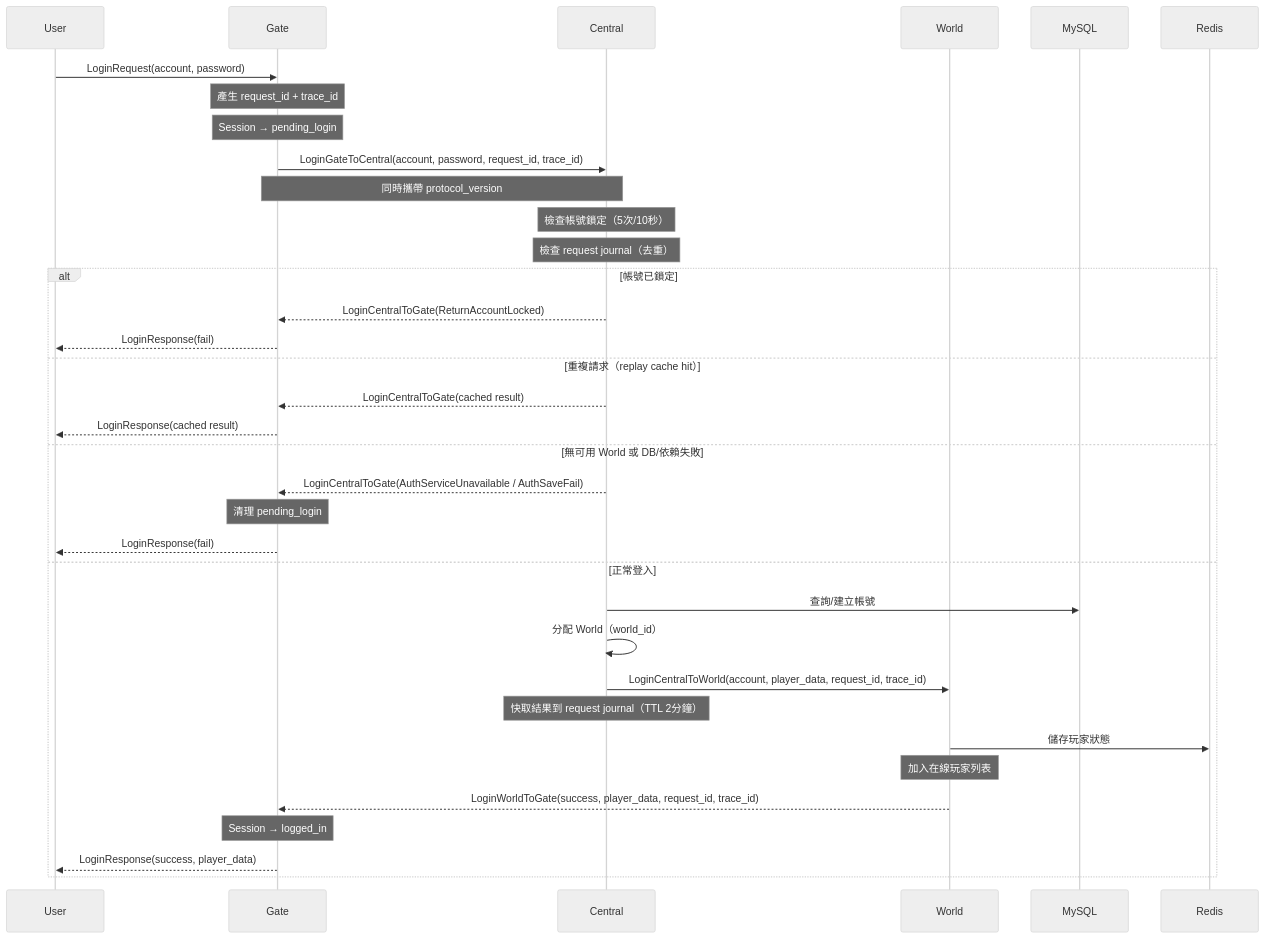
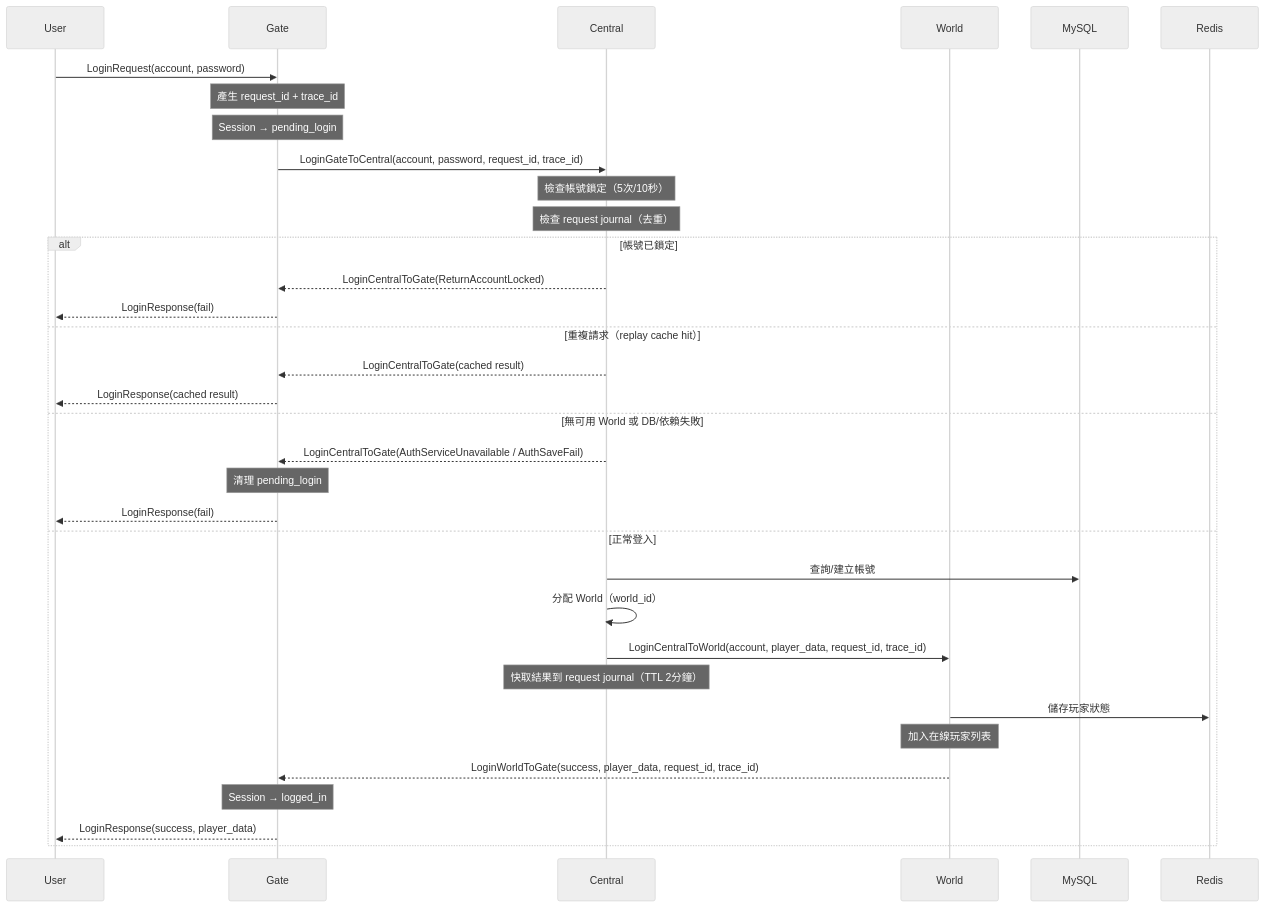
Before and after one commit to koebel0521/docs: the first of 8 diagrams in 10-核心流程/時序圖.md, drawn with Mermaid (neutral theme). The commit also changed 13 other files, not shown here.

````diff
--- a/10-核心流程/時序圖.md
+++ b/10-核心流程/時序圖.md
@@ -10,43 +10,42 @@
 ```mermaid
 sequenceDiagram
     participant U as User
     participant G as Gate
     participant C as Central
     participant W as World
     participant DB as MySQL
     participant R as Redis
 
     U->>G: LoginRequest(account, password)
     Note over G: 產生 request_id + trace_id
     Note over G: Session → pending_login
 
     G->>C: LoginGateToCentral(account, password, request_id, trace_id)
-    Note over G,C: 同時攜帶 protocol_version
 
     Note over C: 檢查帳號鎖定（5次/10秒）
     Note over C: 檢查 request journal（去重）
 
     alt 帳號已鎖定
         C-->>G: LoginCentralToGate(ReturnAccountLocked)
         G-->>U: LoginResponse(fail)
     else 重複請求（replay cache hit）
         C-->>G: LoginCentralToGate(cached result)
         G-->>U: LoginResponse(cached result)
     else 無可用 World 或 DB/依賴失敗
         C-->>G: LoginCentralToGate(AuthServiceUnavailable / AuthSaveFail)
         Note over G: 清理 pending_login
         G-->>U: LoginResponse(fail)
     else 正常登入
         C->>DB: 查詢/建立帳號
         C->>C: 分配 World（world_id）
         C->>W: LoginCentralToWorld(account, player_data, request_id, trace_id)
         Note over C: 快取結果到 request journal（TTL 2分鐘）
 
         W->>R: 儲存玩家狀態
         Note over W: 加入在線玩家列表
         W-->>G: LoginWorldToGate(success, player_data, request_id, trace_id)
 
         Note over G: Session → logged_in
         G-->>U: LoginResponse(success, player_data)
     end
 ```
````
